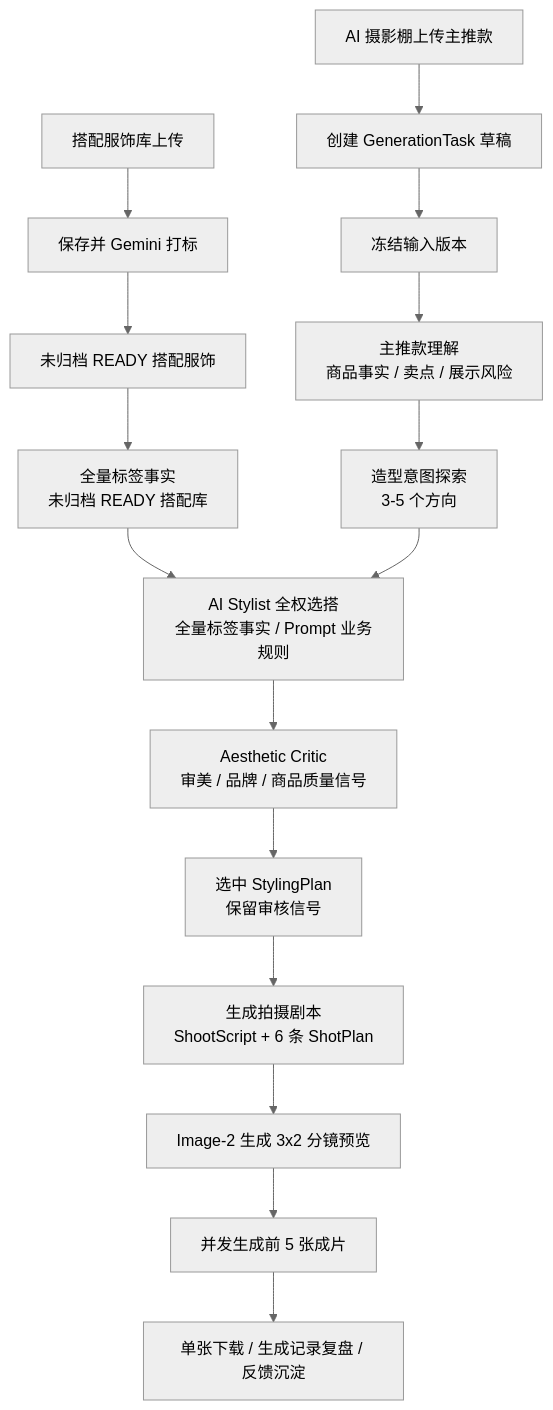
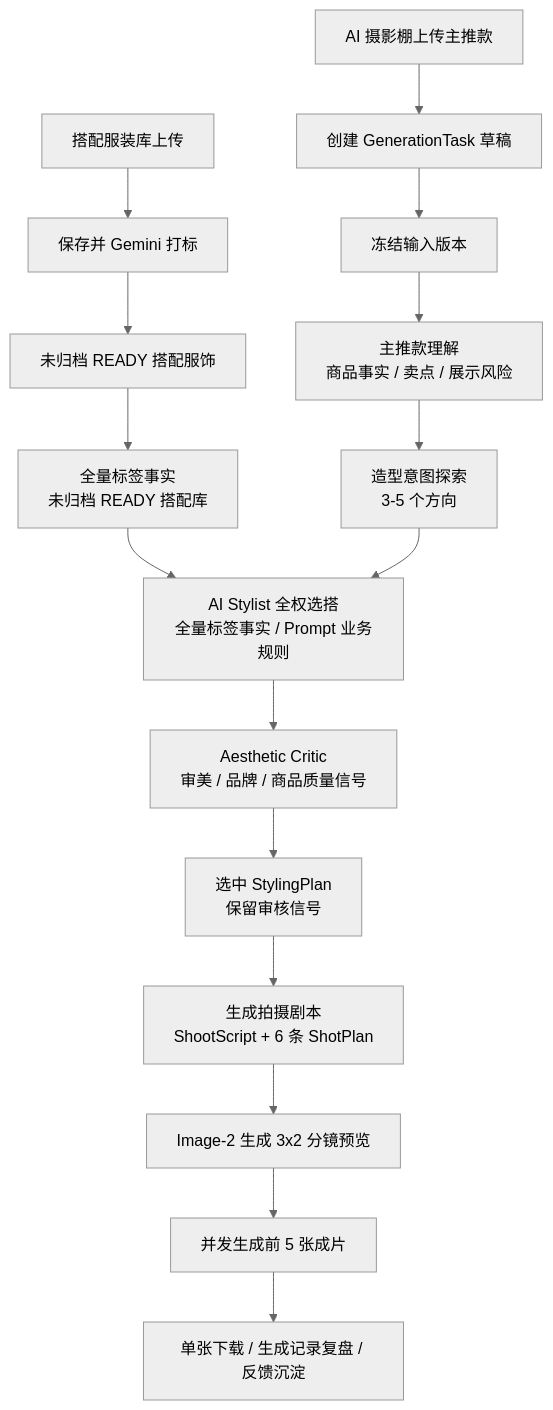
One commit to happyvchen/ruyi-dream changed the diagram in design/01_generation_flow/generation_flow.md. Above: the diagram before and after it, drawn with Mermaid (neutral theme). The commit also changed other lines of this file and 30 other files, not shown here.

````diff
--- a/design/01_generation_flow/generation_flow.md
+++ b/design/01_generation_flow/generation_flow.md
@@ -7,18 +7,18 @@
 ```mermaid
 flowchart TD
-  A["搭配服饰库上传"] --> B["保存并 Gemini 打标"]
+  A["搭配服装库上传"] --> B["保存并 Gemini 打标"]
   B --> C["未归档 READY 搭配服饰"]
   D["AI 摄影棚上传主推款"] --> E["创建 GenerationTask 草稿"]
   E --> F["冻结输入版本"]
   C --> Q["全量标签事实<br/>未归档 READY 搭配库"]
   F --> H["主推款理解<br/>商品事实 / 卖点 / 展示风险"]
   Q --> J["AI Stylist 全权选搭<br/>全量标签事实 / Prompt 业务规则"]
   H --> I["造型意图探索<br/>3-5 个方向"]
   I --> J
   J --> K["Aesthetic Critic<br/>审美 / 品牌 / 商品质量信号"]
   K --> L["选中 StylingPlan<br/>保留审核信号"]
   L --> M["生成拍摄剧本<br/>ShootScript + 6 条 ShotPlan"]
   M --> N["Image-2 生成 3x2 分镜预览"]
   N --> O["并发生成前 5 张成片"]
   O --> P["单张下载 / 生成记录复盘 / 反馈沉淀"]
 ```
````
